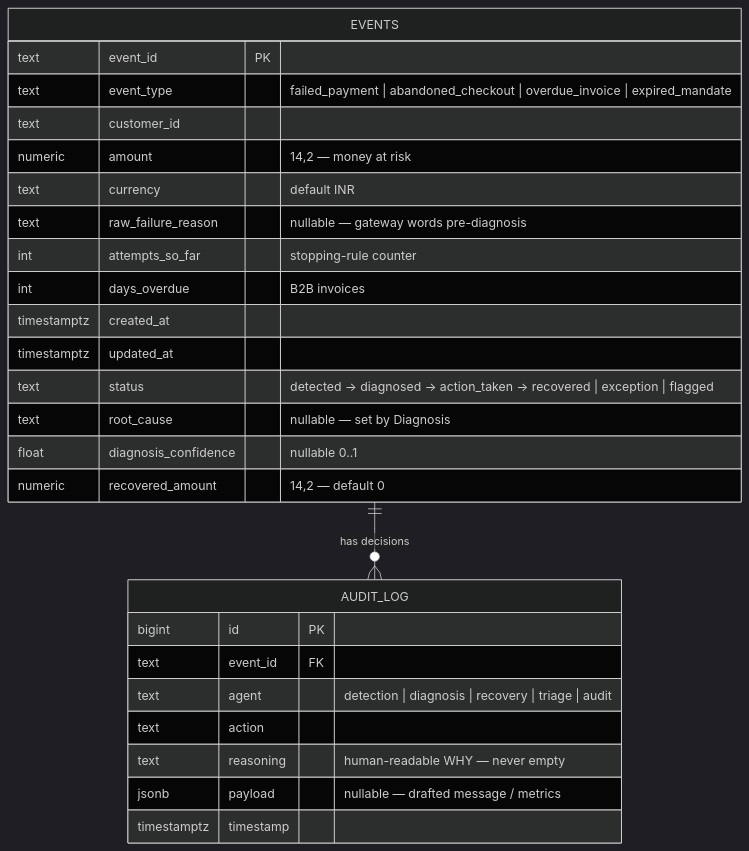
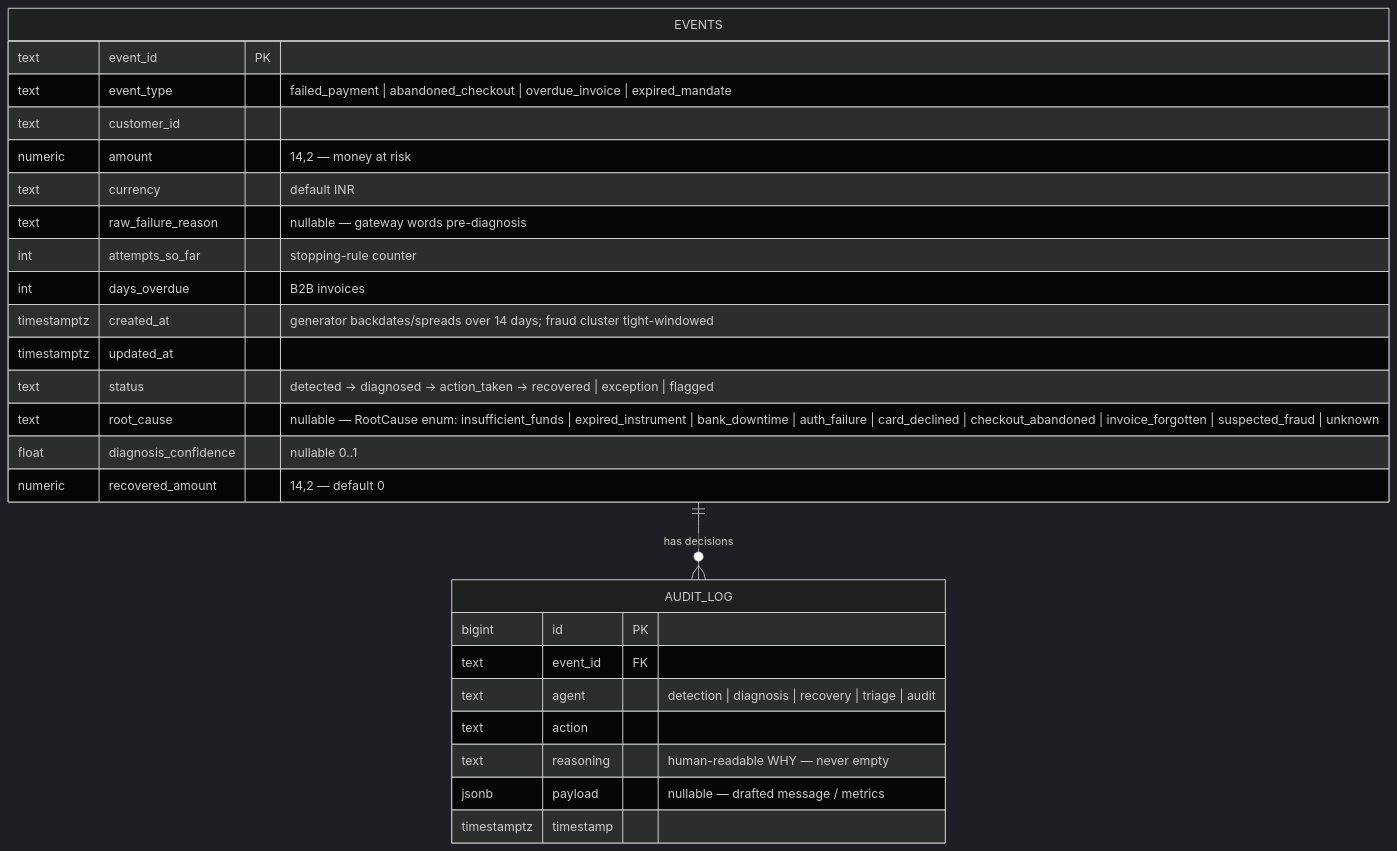
The third of 5 diagrams in architecture.md (Skeletor-Pirate/AI-Revenue-Recovery), drawn with Mermaid (dark theme) before and after one commit. The commit also changed other lines of this file and 3 other files, not shown here.

````diff
--- a/architecture.md
+++ b/architecture.md
@@ -106,31 +112,31 @@
 ```mermaid
 erDiagram
     EVENTS ||--o{ AUDIT_LOG : "has decisions"
 
     EVENTS {
         text        event_id PK
         text        event_type "failed_payment | abandoned_checkout | overdue_invoice | expired_mandate"
         text        customer_id
         numeric     amount "14,2 — money at risk"
         text        currency "default INR"
         text        raw_failure_reason "nullable — gateway words pre-diagnosis"
         int         attempts_so_far "stopping-rule counter"
         int         days_overdue "B2B invoices"
-        timestamptz created_at
+        timestamptz created_at "generator backdates/spreads over 14 days; fraud cluster tight-windowed"
         timestamptz updated_at
         text        status "detected → diagnosed → action_taken → recovered | exception | flagged"
-        text        root_cause "nullable — set by Diagnosis"
+        text        root_cause "nullable — RootCause enum: insufficient_funds | expired_instrument | bank_downtime | auth_failure | card_declined | checkout_abandoned | invoice_forgotten | suspected_fraud | unknown"
         float       diagnosis_confidence "nullable 0..1"
         numeric     recovered_amount "14,2 — default 0"
     }
 
     AUDIT_LOG {
         bigint      id PK
         text        event_id FK
         text        agent "detection | diagnosis | recovery | triage | audit"
         text        action
         text        reasoning "human-readable WHY — never empty"
         jsonb       payload "nullable — drafted message / metrics"
         timestamptz timestamp
     }
 ```
````
